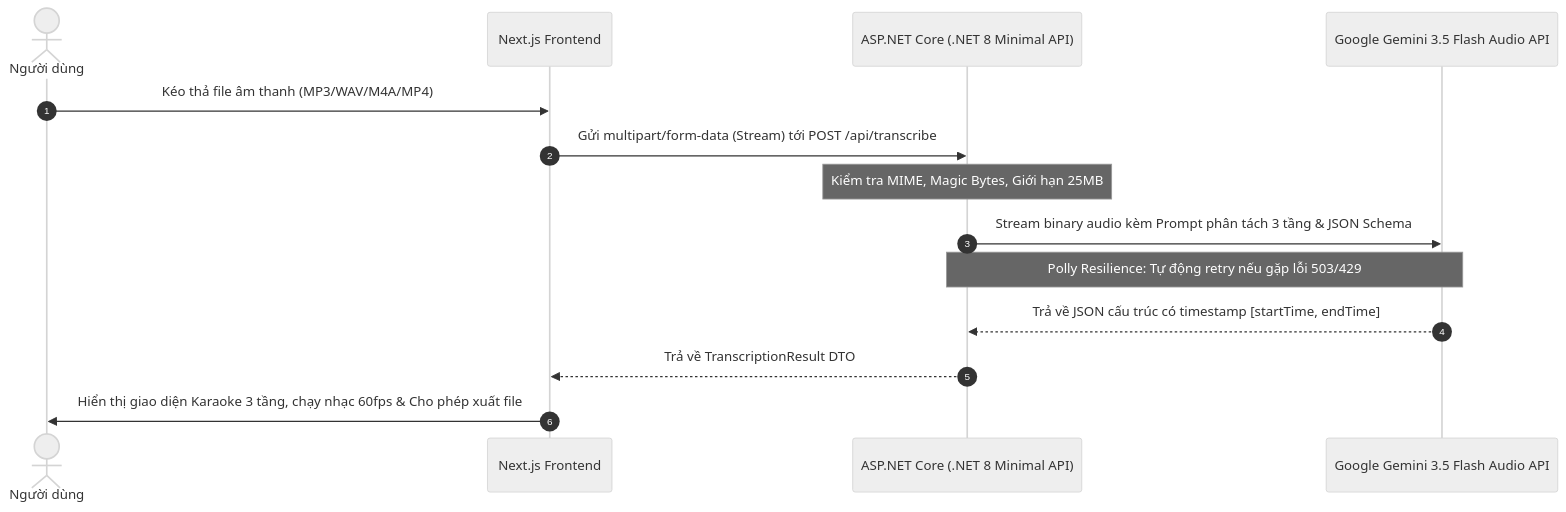
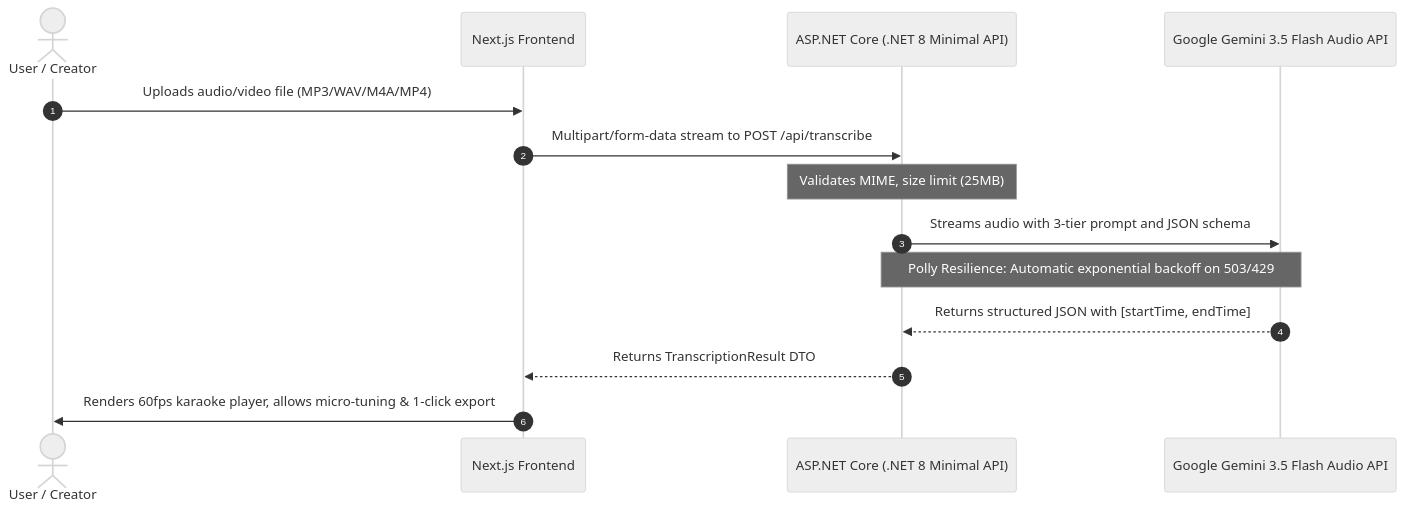
One commit to thieuhoang2002/LyricPhonics changed the diagram in PROJECT_SPEC.md. Above: the diagram before and after it, drawn with Mermaid (neutral theme). The commit also changed other lines of this file and 28 other files, not shown here.

````diff
--- a/PROJECT_SPEC.md
+++ b/PROJECT_SPEC.md
@@ -31,17 +30,17 @@
 ```mermaid
 sequenceDiagram
     autonumber
-    actor User as Người dùng
+    actor User as User / Creator
     participant Web as Next.js Frontend
     participant API as ASP.NET Core (.NET 8 Minimal API)
     participant Gemini as Google Gemini 3.5 Flash Audio API
 
-    User->>Web: Kéo thả file âm thanh (MP3/WAV/M4A/MP4)
-    Web->>API: Gửi multipart/form-data (Stream) tới POST /api/transcribe
-    Note over API: Kiểm tra MIME, Magic Bytes, Giới hạn 25MB
-    API->>Gemini: Stream binary audio kèm Prompt phân tách 3 tầng & JSON Schema
-    Note over API,Gemini: Polly Resilience: Tự động retry nếu gặp lỗi 503/429
-    Gemini-->>API: Trả về JSON cấu trúc có timestamp [startTime, endTime]
-    API-->>Web: Trả về TranscriptionResult DTO
-    Web->>User: Hiển thị giao diện Karaoke 3 tầng, chạy nhạc 60fps & Cho phép xuất file
+    User->>Web: Uploads audio/video file (MP3/WAV/M4A/MP4)
+    Web->>API: Multipart/form-data stream to POST /api/transcribe
+    Note over API: Validates MIME, size limit (25MB)
+    API->>Gemini: Streams audio with 3-tier prompt and JSON schema
+    Note over API,Gemini: Polly Resilience: Automatic exponential backoff on 503/429
+    Gemini-->>API: Returns structured JSON with [startTime, endTime]
+    API-->>Web: Returns TranscriptionResult DTO
+    Web->>User: Renders 60fps karaoke player, allows micro-tuning & 1-click export
 ```
````
